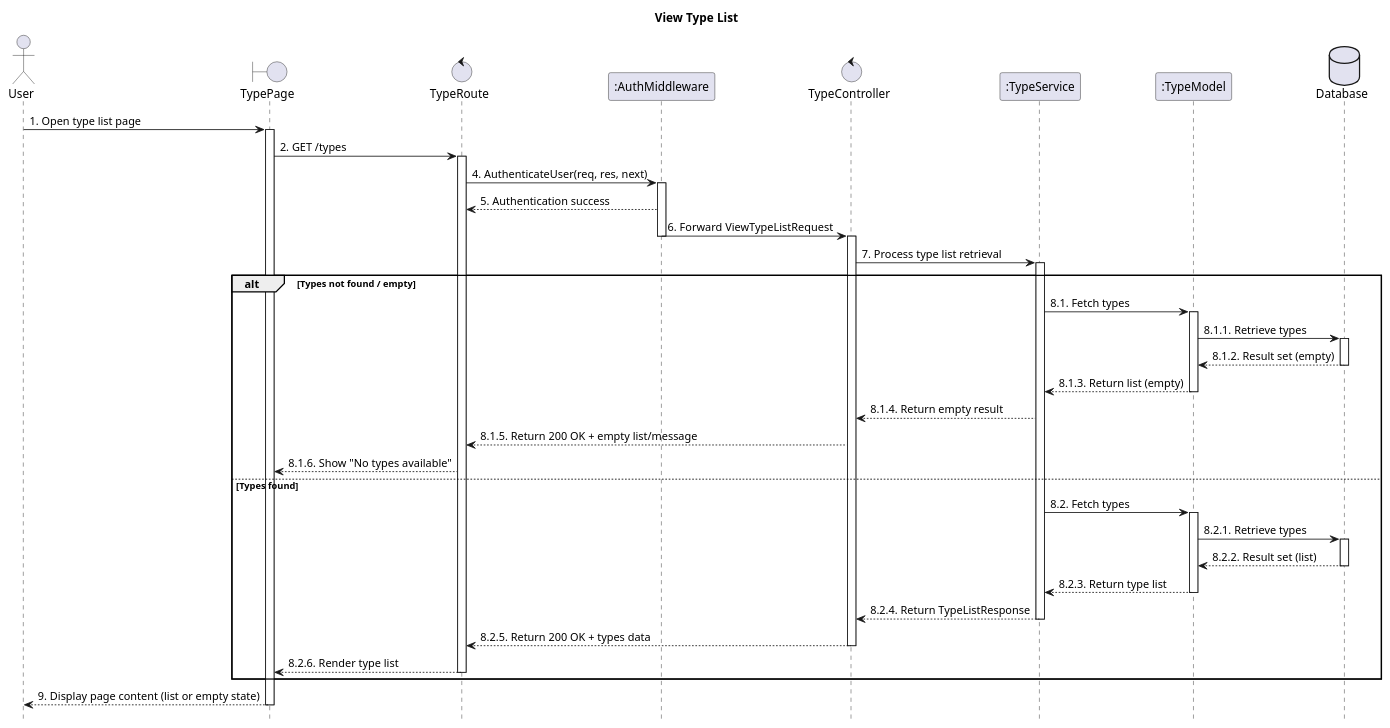
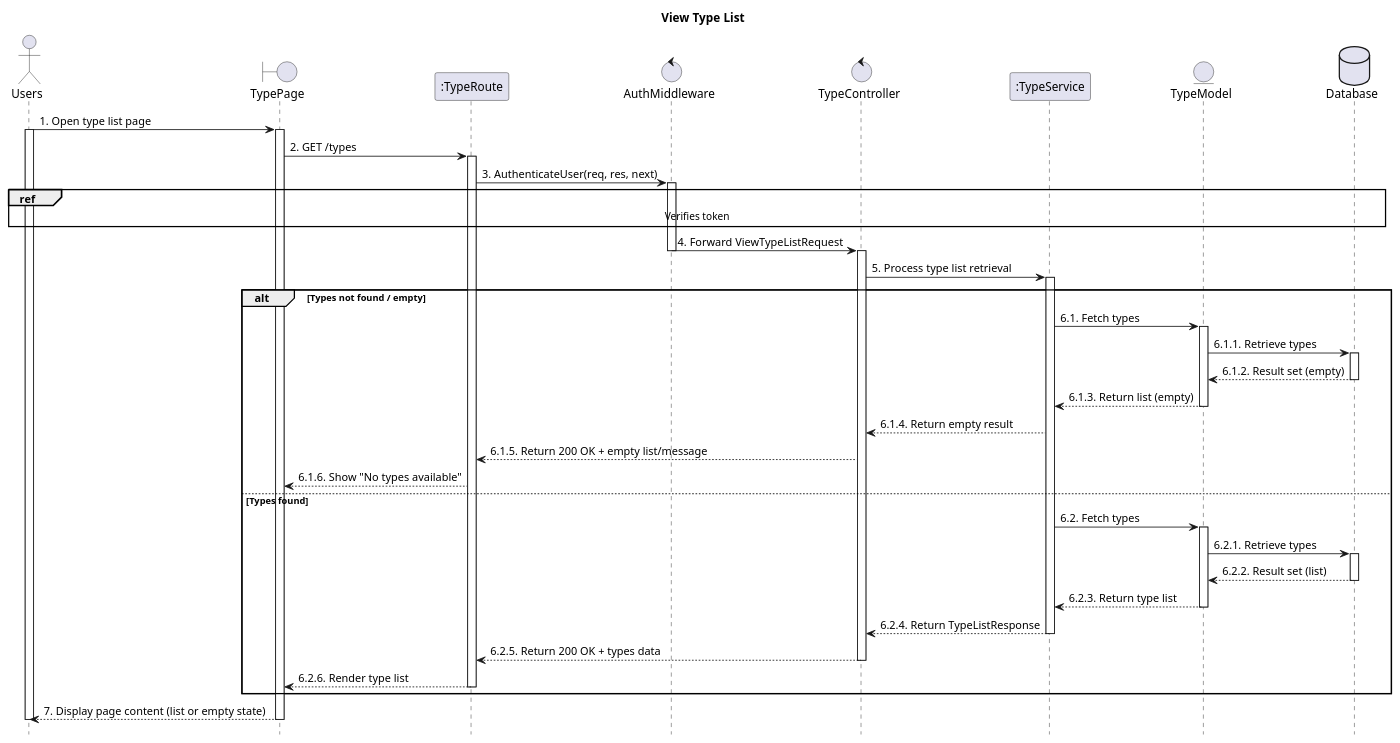
The diagram in planuml/web/14.2_viewTypeList.puml (VietDurian/VietDurian), drawn with PlantUML before and after one commit. The commit also changed 29 other files, not shown here.

Commit message:
Adjust sequence for Web

```diff
--- a/planuml/web/14.2_viewTypeList.puml
+++ b/planuml/web/14.2_viewTypeList.puml
@@ -1,67 +1,68 @@
 @startuml 14.2_viewTypeList
 hide footbox
 title View Type List
 
-actor User
+actor User as "Users"
 boundary TypePage as View
-control TypeRoute as Route
-participant ":AuthMiddleware" as Middleware
+participant ":TypeRoute" as Route
+control "AuthMiddleware" as Middleware
 control "TypeController" as Controller
 participant ":TypeService" as Service
-participant ":TypeModel" as Model
+entity "TypeModel" as Model
 database Database as Database
 
 User -> View : 1. Open type list page
 activate View
-
+activate User
     View -> Route : 2. GET /types
     activate Route
 
-    Route -> Middleware : 4. AuthenticateUser(req, res, next)
+    Route -> Middleware : 3. AuthenticateUser(req, res, next)
     activate Middleware
-    Middleware --> Route : 5. Authentication success
-    Middleware -> Controller : 6. Forward ViewTypeListRequest
+    ref over User, Database : Verifies token
+    Middleware -> Controller : 4. Forward ViewTypeListRequest
     deactivate Middleware
     activate Controller
 
-    Controller -> Service : 7. Process type list retrieval
+    Controller -> Service : 5. Process type list retrieval
     activate Service
 
 alt Types not found / empty
-    Service -> Model : 8.1. Fetch types
+    Service -> Model : 6.1. Fetch types
     activate Model
 
-    Model -> Database : 8.1.1. Retrieve types
+    Model -> Database : 6.1.1. Retrieve types
     activate Database
-    Database --> Model : 8.1.2. Result set (empty)
+    Database --> Model : 6.1.2. Result set (empty)
     deactivate Database
 
-    Model --> Service : 8.1.3. Return list (empty)
+    Model --> Service : 6.1.3. Return list (empty)
     deactivate Model
 
-        Service --> Controller : 8.1.4. Return empty result
-        Controller --> Route : 8.1.5. Return 200 OK + empty list/message
-        Route --> View : 8.1.6. Show "No types available"
+        Service --> Controller : 6.1.4. Return empty result
+        Controller --> Route : 6.1.5. Return 200 OK + empty list/message
+        Route --> View : 6.1.6. Show "No types available"
 else Types found
-        Service -> Model : 8.2. Fetch types
+        Service -> Model : 6.2. Fetch types
         activate Model
 
-        Model -> Database : 8.2.1. Retrieve types
+        Model -> Database : 6.2.1. Retrieve types
         activate Database
-        Database --> Model : 8.2.2. Result set (list)
+        Database --> Model : 6.2.2. Result set (list)
         deactivate Database
 
-        Model --> Service : 8.2.3. Return type list
+        Model --> Service : 6.2.3. Return type list
         deactivate Model
 
-        Service --> Controller : 8.2.4. Return TypeListResponse
+        Service --> Controller : 6.2.4. Return TypeListResponse
         deactivate Service
-        Controller --> Route : 8.2.5. Return 200 OK + types data
+        Controller --> Route : 6.2.5. Return 200 OK + types data
         deactivate Controller
-        Route --> View : 8.2.6. Render type list
+        Route --> View : 6.2.6. Render type list
         deactivate Route
 end
 
-View --> User : 9. Display page content (list or empty state)
+View --> User : 7. Display page content (list or empty state)
 deactivate View
+deactivate User
 @enduml
```
